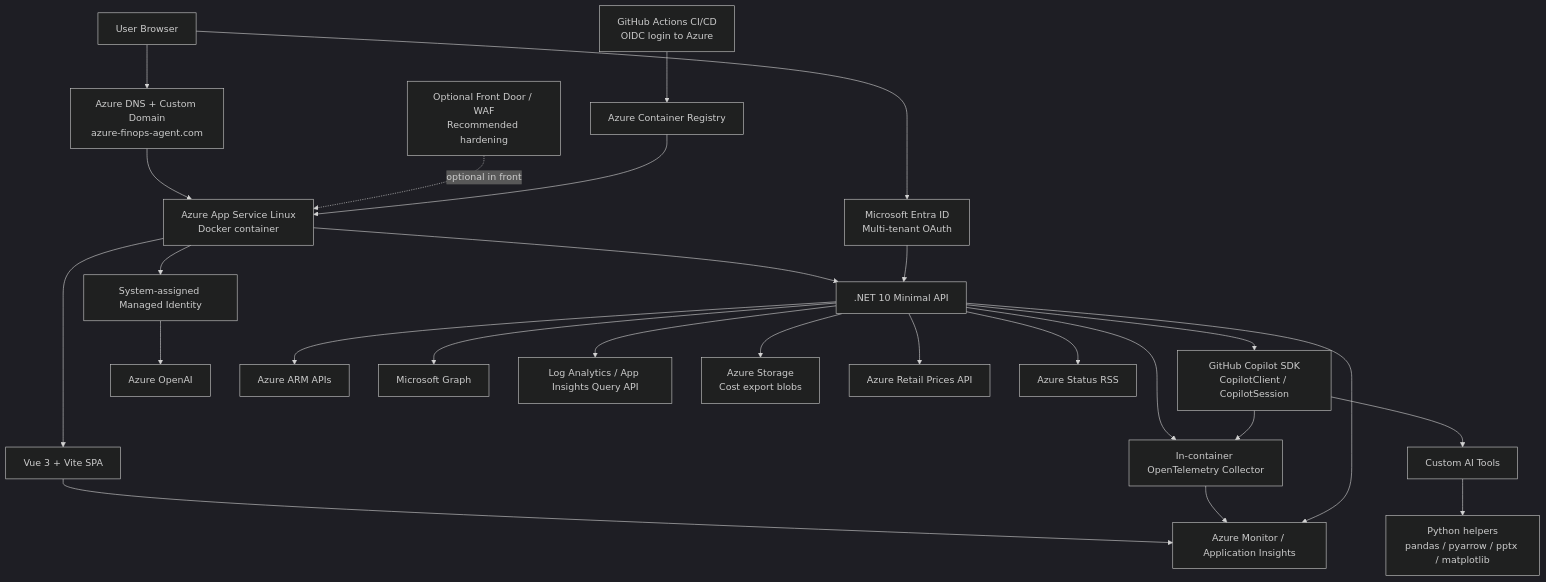
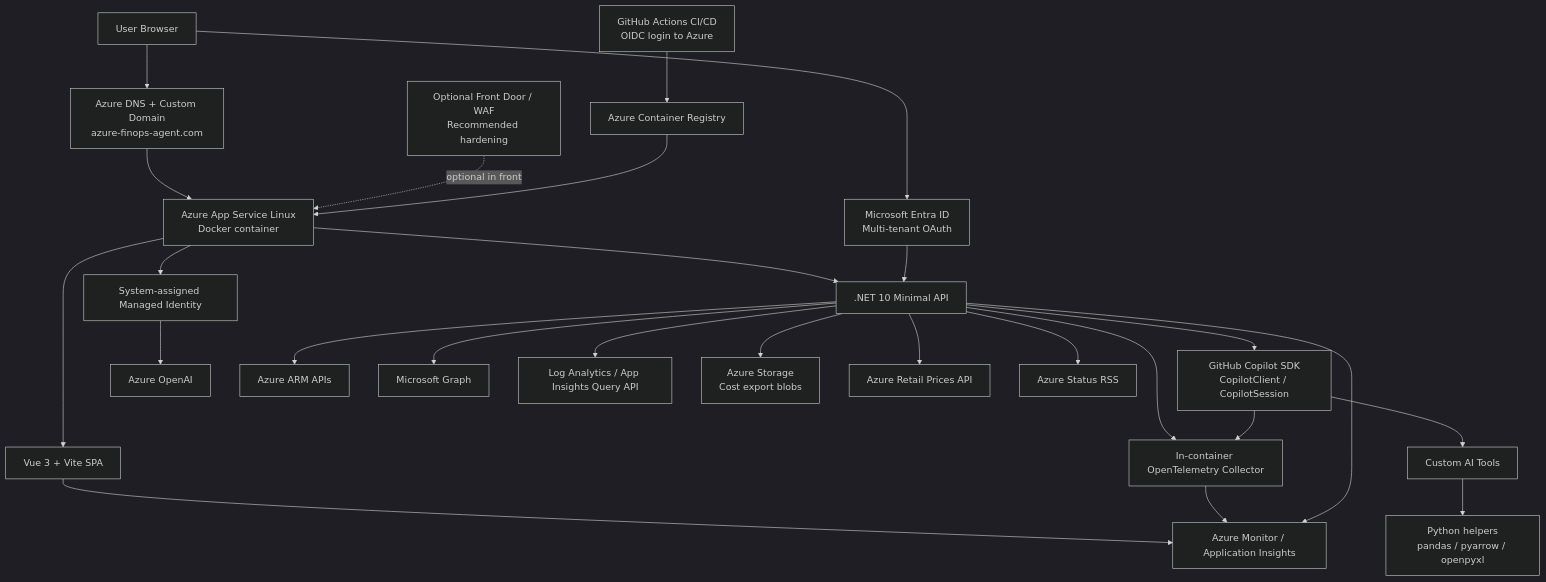
Before and after one commit to DeepMalh44/azurefinopsagent: the diagram in docs/architecture-and-security.md, drawn with Mermaid (dark theme). The commit also changed other lines of this file and 19 other files, not shown here.

````diff
--- a/docs/architecture-and-security.md
+++ b/docs/architecture-and-security.md
@@ -22,57 +22,57 @@
 ```mermaid
 flowchart TB
     U[User Browser]
     DNS[Azure DNS + Custom Domain<br/>azure-finops-agent.com]
     WAF[Optional Front Door / WAF<br/>Recommended hardening]
     APP[Azure App Service Linux<br/>Docker container]
     FE[Vue 3 + Vite SPA]
     API[.NET 10 Minimal API]
     AI[GitHub Copilot SDK<br/>CopilotClient / CopilotSession]
     TOOLS[Custom AI Tools]
-    PY[Python helpers<br/>pandas / pyarrow / pptx / matplotlib]
+    PY[Python helpers<br/>pandas / pyarrow / openpyxl]
     OTEL[In-container OpenTelemetry Collector]
     AIINS[Azure Monitor / Application Insights]
     ACR[Azure Container Registry]
     GHA[GitHub Actions CI/CD<br/>OIDC login to Azure]
     AOAI[Azure OpenAI]
     MI[System-assigned Managed Identity]
     ENTRA[Microsoft Entra ID<br/>Multi-tenant OAuth]
     ARM[Azure ARM APIs]
     GRAPH[Microsoft Graph]
     LA[Log Analytics / App Insights Query API]
     STG[Azure Storage<br/>Cost export blobs]
     PRICES[Azure Retail Prices API]
     STATUS[Azure Status RSS]
 
     U --> DNS
     DNS --> APP
     WAF -. optional in front .-> APP
 
     APP --> FE
     APP --> API
     API --> AI
     AI --> TOOLS
     TOOLS --> PY
 
     API --> OTEL
     AI --> OTEL
     FE --> AIINS
     OTEL --> AIINS
     API --> AIINS
 
     GHA --> ACR
     ACR --> APP
 
     APP --> MI
     MI --> AOAI
 
     U --> ENTRA
     ENTRA --> API
 
     API --> ARM
     API --> GRAPH
     API --> LA
     API --> STG
     API --> PRICES
     API --> STATUS
 ```
````
